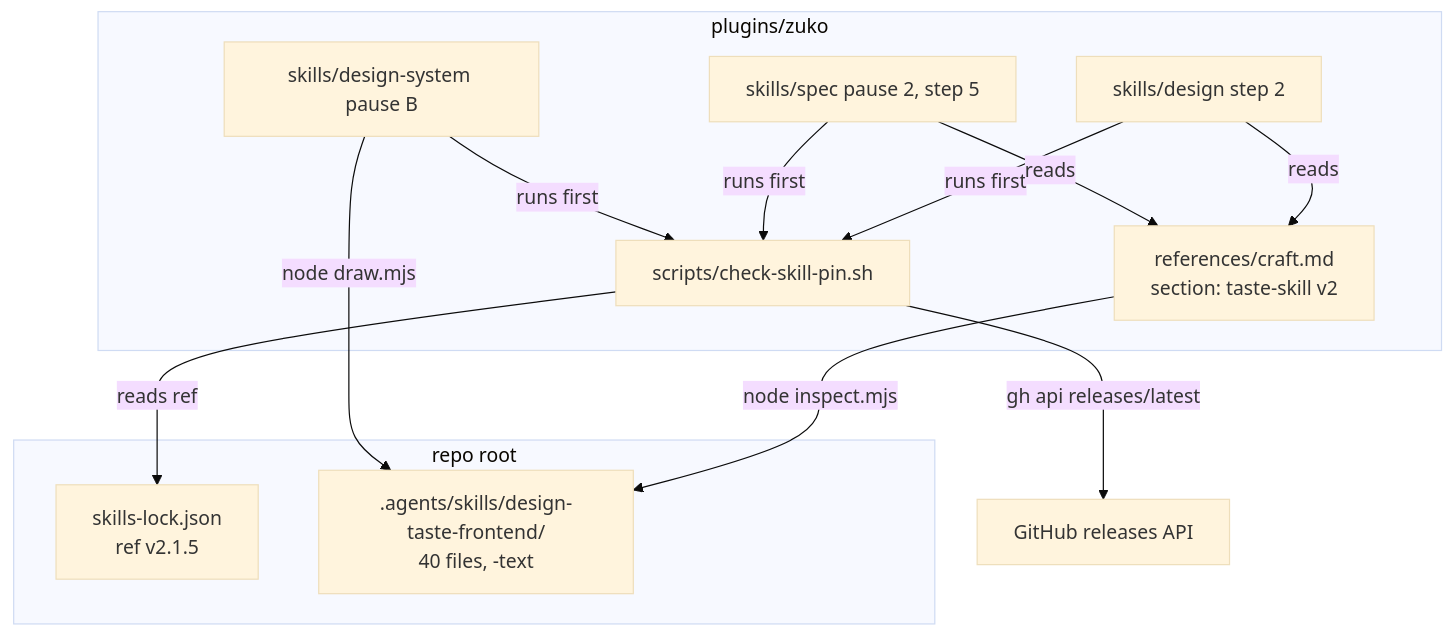
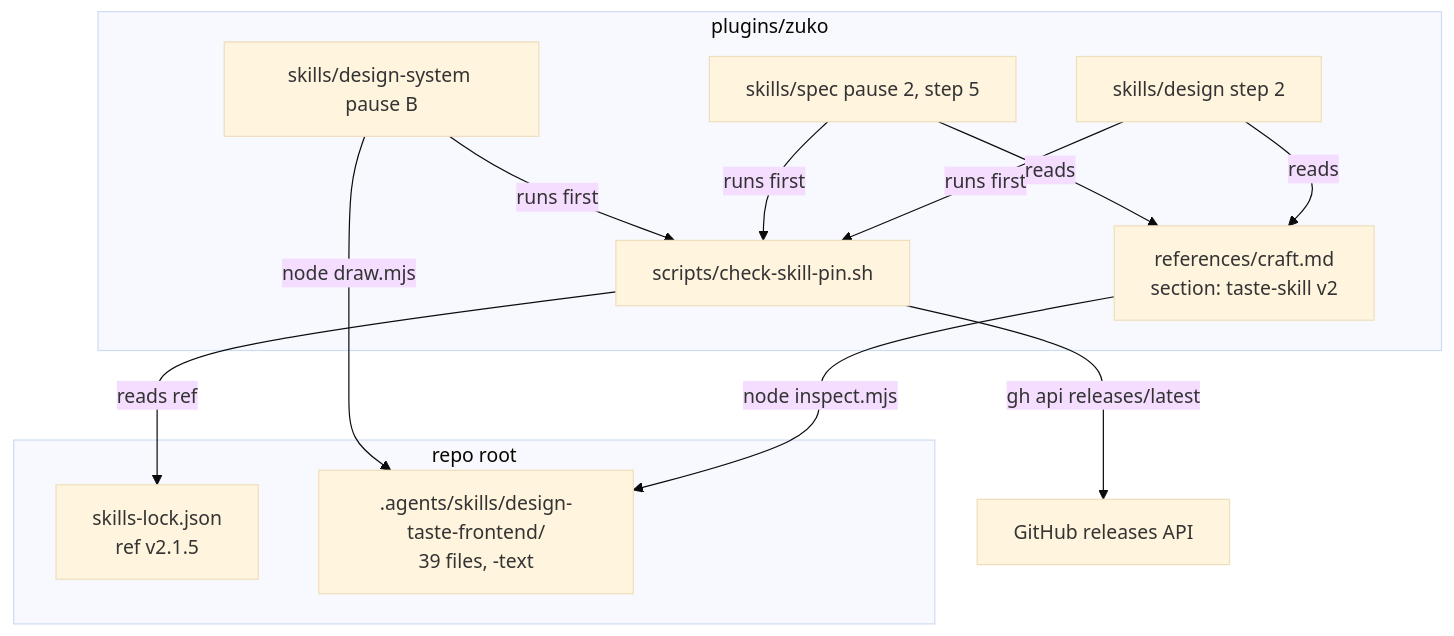
One commit to dzaffren/claude-plugin changed the third of 4 diagrams in docs/specs/taste-skill-upgrade.md. Above: the diagram before and after it, drawn with Mermaid (base theme). The commit also changed other lines of this file and 42 other files, not shown here.

First line of the commit message:
feat(skills): vendor taste skill v2.1.5 pinned by tag

````diff
--- a/docs/specs/taste-skill-upgrade.md
+++ b/docs/specs/taste-skill-upgrade.md
@@ -175,24 +175,24 @@
 ```mermaid
 flowchart TB
     subgraph repo["repo root"]
         LOCK["skills-lock.json<br/>ref v2.1.5"]
-        VEND[".agents/skills/design-taste-frontend/<br/>40 files, -text"]
+        VEND[".agents/skills/design-taste-frontend/<br/>39 files, -text"]
     end
     subgraph zuko["plugins/zuko"]
         PIN["scripts/check-skill-pin.sh"]
         CRAFT["references/craft.md<br/>section: taste-skill v2"]
         DS["skills/design-system pause B"]
         SPEC["skills/spec pause 2, step 5"]
         DES["skills/design step 2"]
     end
     GH["GitHub releases API"]
     PIN -- "reads ref" --> LOCK
     PIN -- "gh api releases/latest" --> GH
     DS -- "runs first" --> PIN
     SPEC -- "runs first" --> PIN
     DES -- "runs first" --> PIN
     SPEC -- "reads" --> CRAFT
     DES -- "reads" --> CRAFT
     DS -- "node draw.mjs" --> VEND
     CRAFT -- "node inspect.mjs" --> VEND
 ```
````
